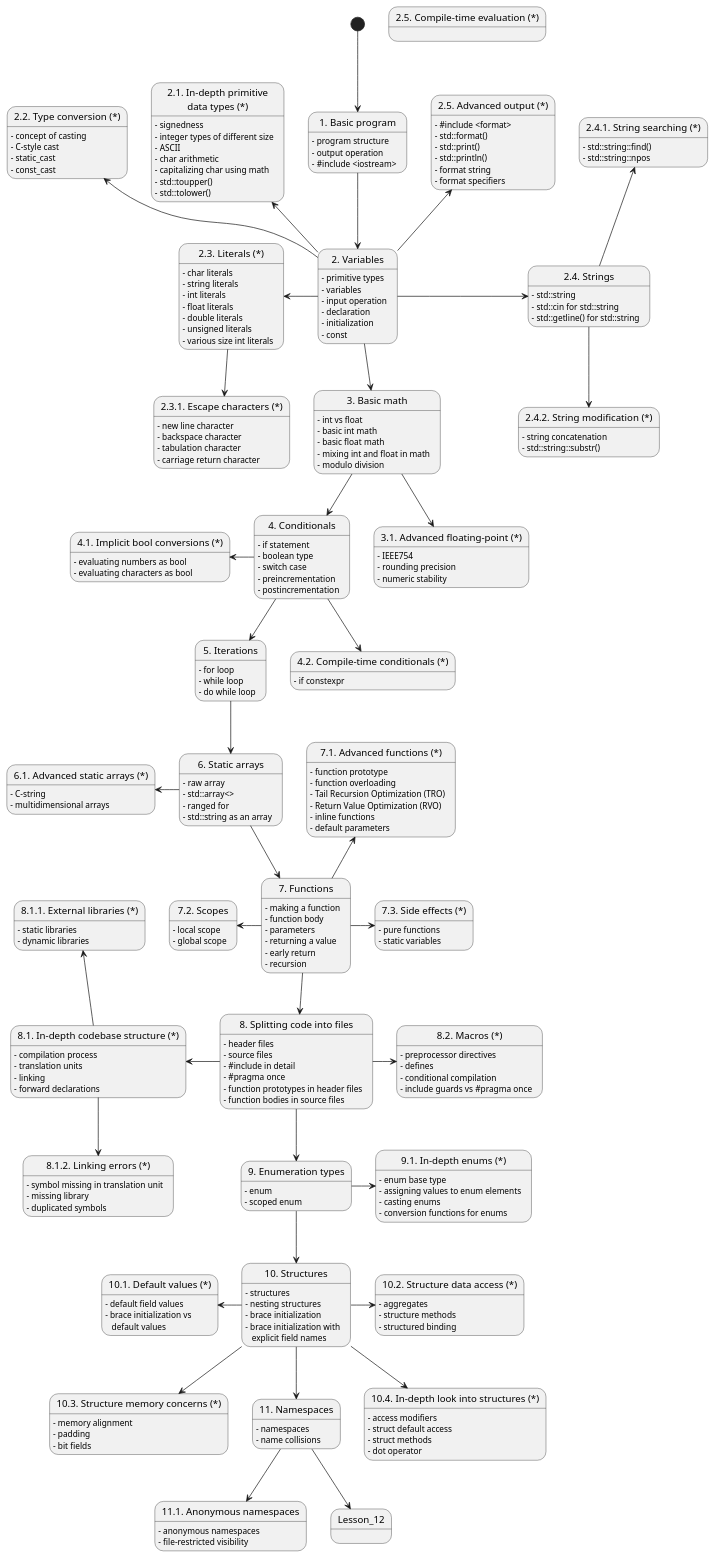
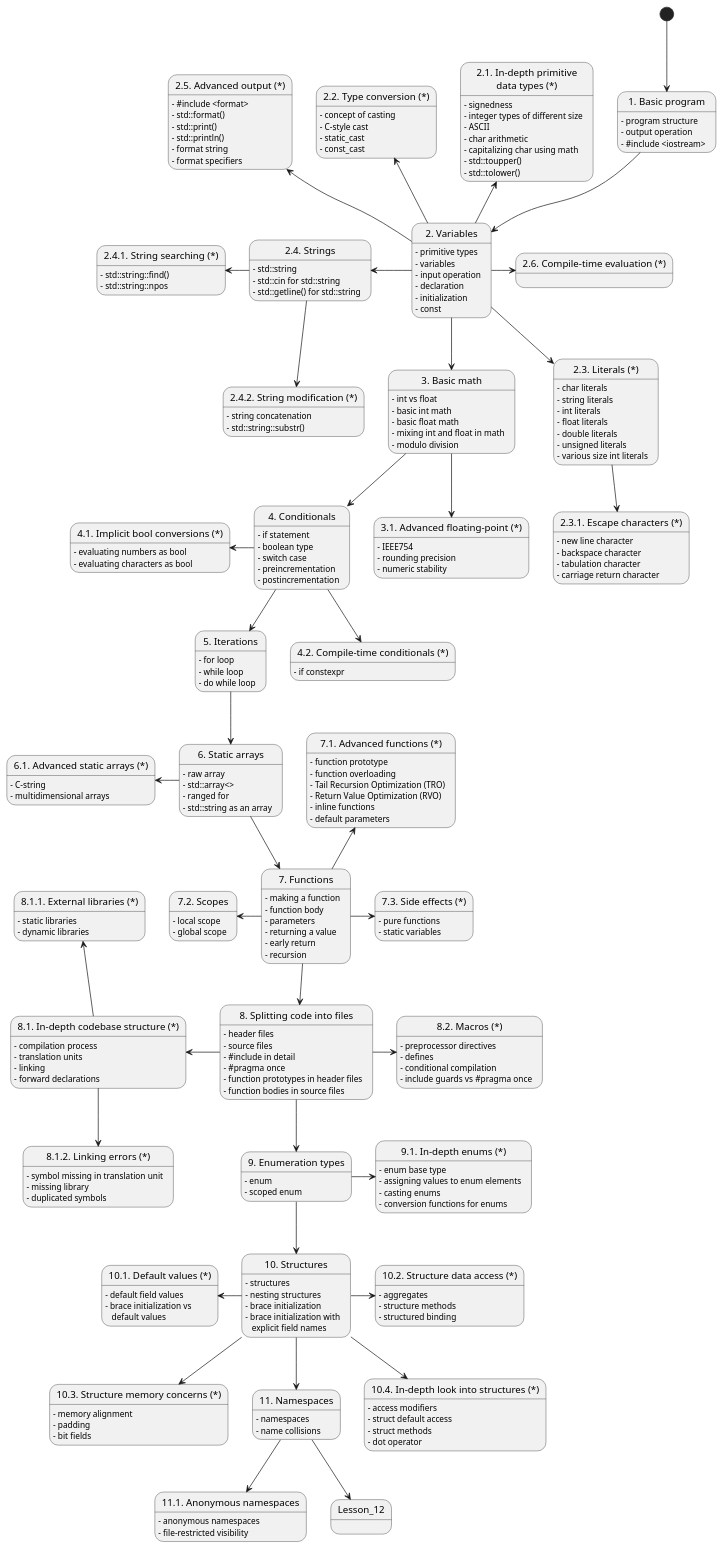
Before and after one commit to KacperWojciechowski/KacperWojciechowski.github.io: the diagram in markdown/Cpp/Roadmap.md, drawn with PlantUML.

```diff
--- a/markdown/Cpp/Roadmap.md
+++ b/markdown/Cpp/Roadmap.md
@@ -12,8 +12,8 @@
 state "2.4.1. String searching (*)" as Lesson_2_4_1
 state "2.4.2. String modification (*)" as Lesson_2_4_2
 state "3. Basic math" as Lesson_3
-state "2.5. Compile-time evaluation (*)" as Lesson_2_6
 state "2.5. Advanced output (*)" as Lesson_2_5
+state "2.6. Compile-time evaluation (*)" as Lesson_2_6
 
 
 state "4. Conditionals" as Lesson_4
@@ -55,11 +55,12 @@
 Lesson_2 -down-> Lesson_3
 Lesson_2 -up-> Lesson_2_1
 Lesson_2 -up-> Lesson_2_2
-Lesson_2 -left-> Lesson_2_3
-Lesson_2 -right-> Lesson_2_4
+Lesson_2 -down-> Lesson_2_3
+Lesson_2 -left-> Lesson_2_4
 Lesson_2 -up-> Lesson_2_5
+Lesson_2 -right-> Lesson_2_6
 Lesson_2_3 -down-> Lesson_2_3_1
-Lesson_2_4 -up-> Lesson_2_4_1
+Lesson_2_4 -left-> Lesson_2_4_1
 Lesson_2_4 -down-> Lesson_2_4_2
 
 Lesson_3 -down-> Lesson_4
```
